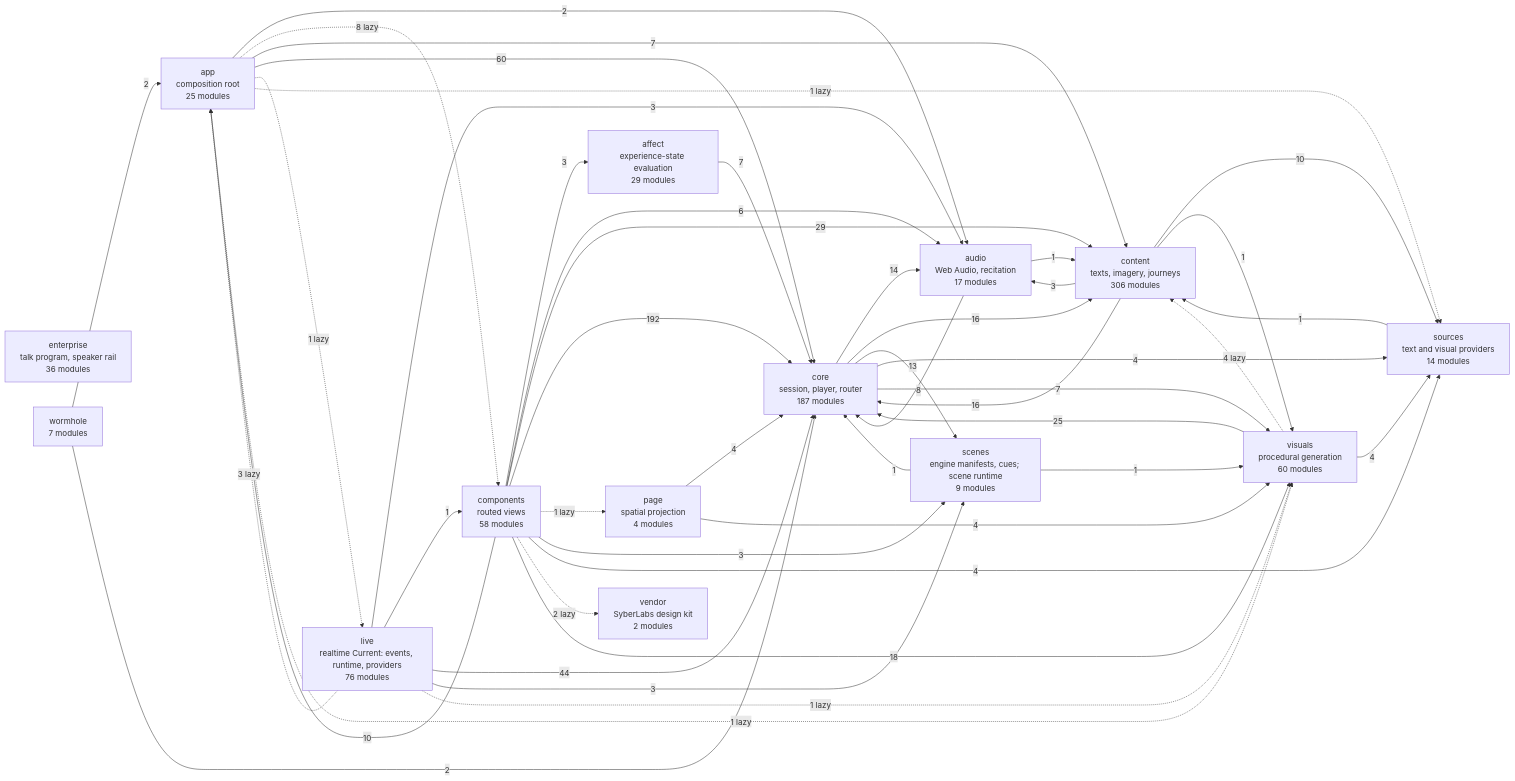
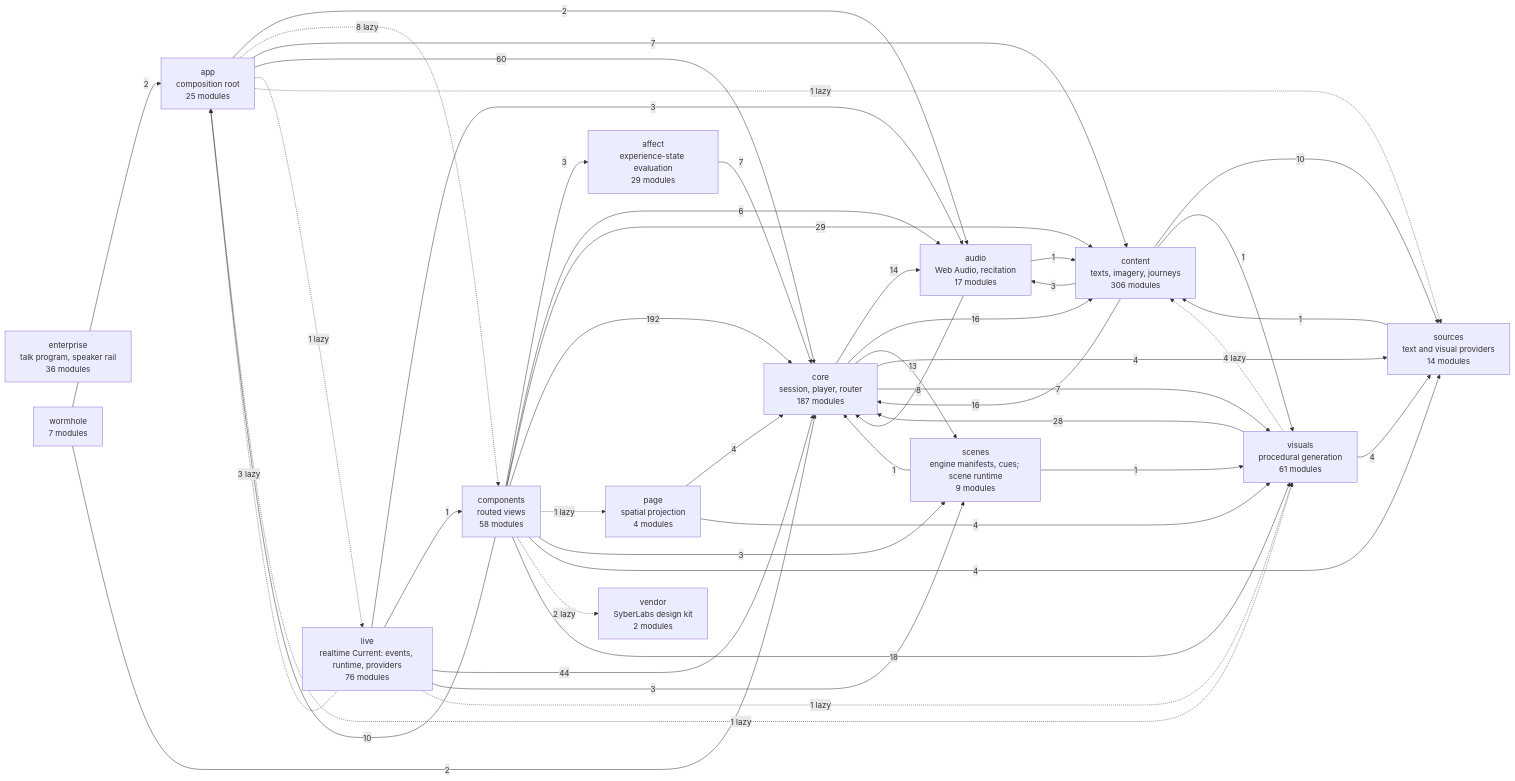
One commit to SyberLabs/RISE changed the diagram in docs/specs/ARCHITECTURE.md. Above: the diagram before and after it, drawn with Mermaid.

Commit message:
The architecture diagram counts the image stream's presenter (RDR-031)
Regenerated by npm run docs:diagram after the presenter landed.

````diff
--- a/docs/specs/ARCHITECTURE.md
+++ b/docs/specs/ARCHITECTURE.md
@@ -161,63 +161,63 @@
 ```mermaid
 flowchart LR
     affect["affect<br/>experience-state evaluation<br/>29 modules"]
     app["app<br/>composition root<br/>25 modules"]
     audio["audio<br/>Web Audio, recitation<br/>17 modules"]
     components["components<br/>routed views<br/>58 modules"]
     content["content<br/>texts, imagery, journeys<br/>306 modules"]
     core["core<br/>session, player, router<br/>187 modules"]
     enterprise["enterprise<br/>talk program, speaker rail<br/>36 modules"]
     live["live<br/>realtime Current: events, runtime, providers<br/>76 modules"]
     page["page<br/>spatial projection<br/>4 modules"]
     scenes["scenes<br/>engine manifests, cues; scene runtime<br/>9 modules"]
     sources["sources<br/>text and visual providers<br/>14 modules"]
     vendor["vendor<br/>SyberLabs design kit<br/>2 modules"]
-    visuals["visuals<br/>procedural generation<br/>60 modules"]
+    visuals["visuals<br/>procedural generation<br/>61 modules"]
     wormhole["wormhole<br/>7 modules"]
 
     affect --> |7| core
     app --> |2| audio
     app -.-> |8 lazy| components
     app --> |7| content
     app --> |60| core
     app -.-> |1 lazy| live
     app -.-> |1 lazy| sources
     app -.-> |1 lazy| visuals
     audio --> |1| content
     audio --> |8| core
     components --> |3| affect
     components --> |10| app
     components --> |6| audio
     components --> |29| content
     components --> |192| core
     components -.-> |1 lazy| page
     components --> |3| scenes
     components --> |4| sources
     components -.-> |2 lazy| vendor
     components --> |18| visuals
     content --> |3| audio
     content --> |16| core
     content --> |10| sources
     content --> |1| visuals
     core --> |14| audio
     core --> |16| content
     core --> |13| scenes
     core --> |4| sources
     core --> |7| visuals
     live -.-> |3 lazy| app
     live --> |3| audio
     live --> |1| components
     live --> |44| core
     live --> |3| scenes
     live -.-> |1 lazy| visuals
     page --> |4| core
     page --> |4| visuals
     scenes --> |1| core
     scenes --> |1| visuals
     sources --> |1| content
     visuals -.-> |4 lazy| content
-    visuals --> |25| core
+    visuals --> |28| core
     visuals --> |4| sources
     wormhole --> |2| app
     wormhole --> |2| core
 ```
````
